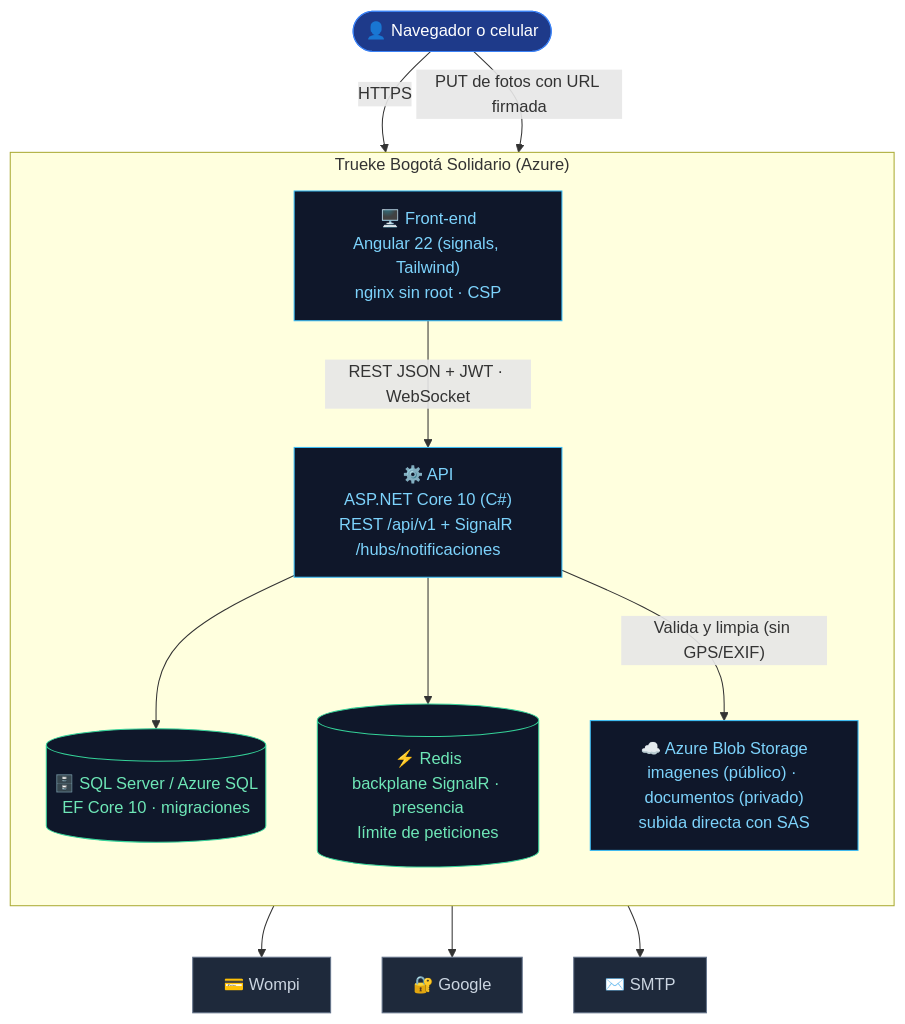
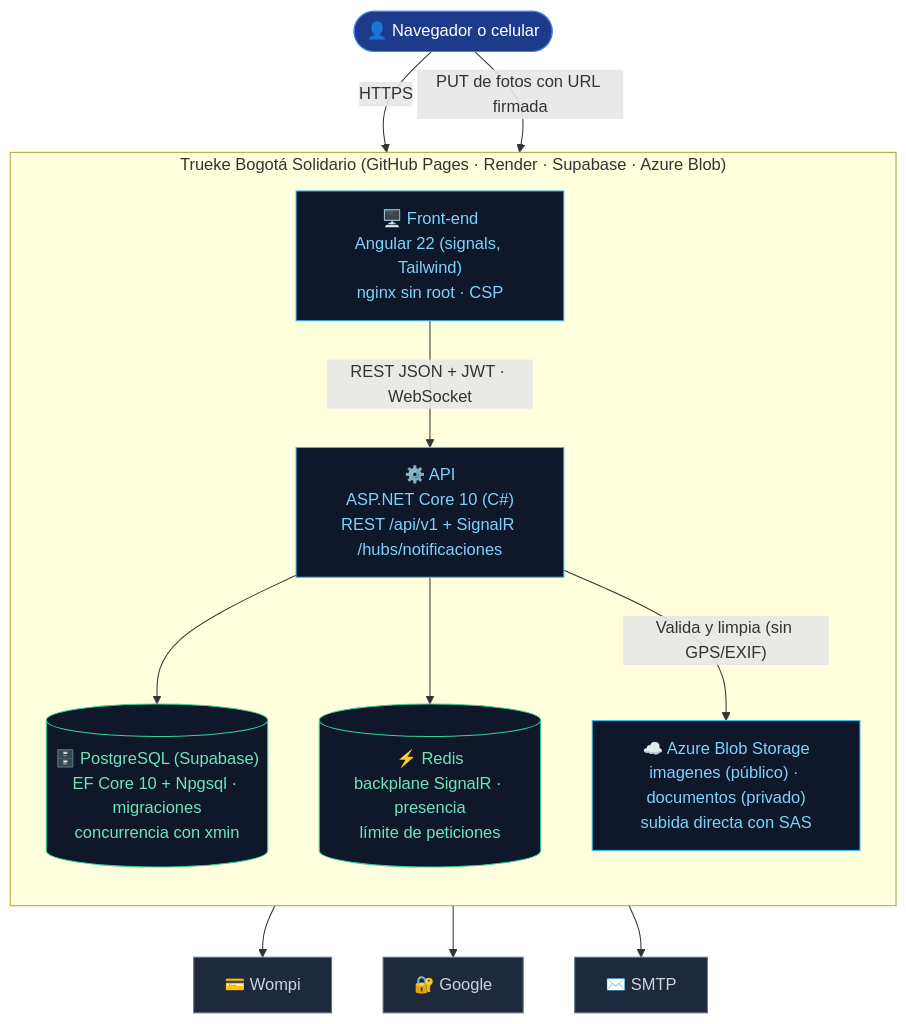
The second of 4 diagrams in docs/c4/C4_MODELO_TRUEKE.md (IngMartinG/TRUEKE-BOGOTA-SOLIDARIO-), drawn with Mermaid before and after one commit. The commit also changed other lines of this file and 7 other files, not shown here.

First line of the commit message:
docs: despliegue con Supabase, consultas en PostgreSQL y modelo C4

````diff
--- a/docs/c4/C4_MODELO_TRUEKE.md
+++ b/docs/c4/C4_MODELO_TRUEKE.md
@@ -40,32 +40,32 @@
 ```mermaid
 flowchart TB
     U(["👤 Navegador o celular"]):::persona
 
-    subgraph SYS["Trueke Bogotá Solidario (Azure)"]
+    subgraph SYS["Trueke Bogotá Solidario (GitHub Pages · Render · Supabase · Azure Blob)"]
         direction TB
         FE["🖥️ Front-end<br/>Angular 22 (signals, Tailwind)<br/>nginx sin root · CSP"]:::contenedor
         API["⚙️ API<br/>ASP.NET Core 10 (C#)<br/>REST /api/v1 + SignalR /hubs/notificaciones"]:::contenedor
-        DB[("🗄️ SQL Server / Azure SQL<br/>EF Core 10 · migraciones")]:::datos
+        DB[("🗄️ PostgreSQL (Supabase)<br/>EF Core 10 + Npgsql · migraciones<br/>concurrencia con xmin")]:::datos
         REDIS[("⚡ Redis<br/>backplane SignalR · presencia<br/>límite de peticiones")]:::datos
         BLOB["☁️ Azure Blob Storage<br/>imagenes (público) · documentos (privado)<br/>subida directa con SAS"]:::contenedor
     end
 
     WOMPI["💳 Wompi"]:::externo
     GOOGLE["🔐 Google"]:::externo
     SMTP["✉️ SMTP"]:::externo
 
     U -->|"HTTPS"| FE
     U -->|"PUT de fotos con URL firmada"| BLOB
     FE -->|"REST JSON + JWT · WebSocket"| API
     API --> DB
     API --> REDIS
     API -->|"Valida y limpia (sin GPS/EXIF)"| BLOB
     API --> WOMPI
     API --> GOOGLE
     API --> SMTP
 
     classDef persona fill:#1e3a8a,color:#fff,stroke:#3b82f6;
     classDef contenedor fill:#0f172a,color:#7dd3fc,stroke:#38bdf8;
     classDef datos fill:#0f172a,color:#6ee7b7,stroke:#34d399;
     classDef externo fill:#1e293b,color:#cbd5e1,stroke:#64748b;
 ```
````
